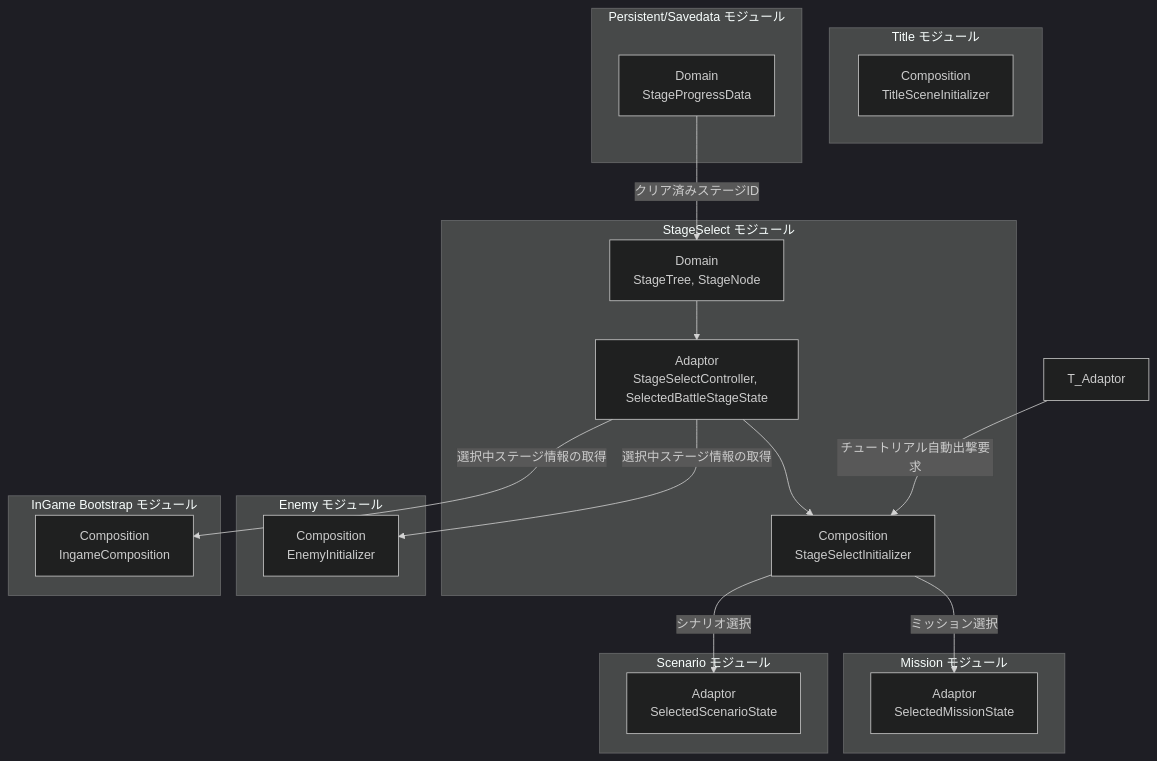
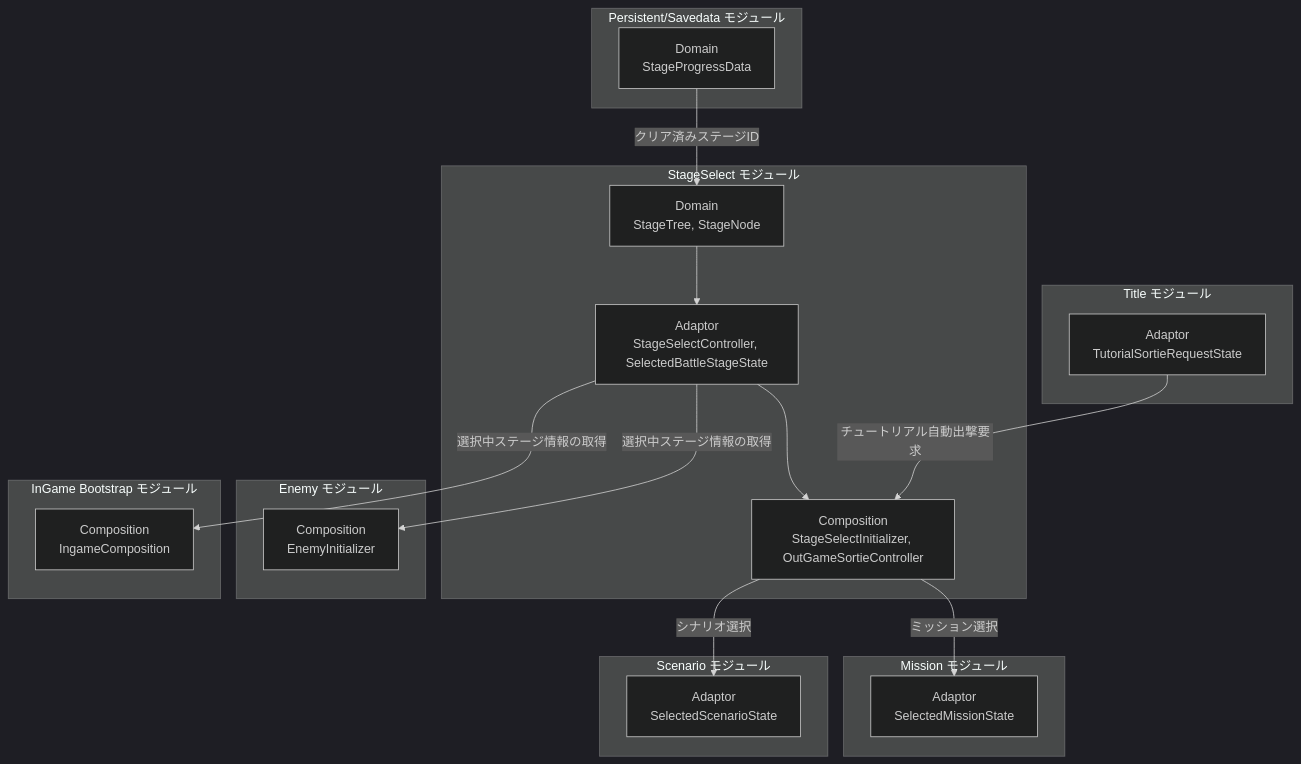
One commit to HIBIKI5201/SymphonyKillChord changed the first of 3 diagrams in Assets/Docs/ScriptsDocs/Modules/NotionModuleDocs/StageSelect.md. Above: the diagram before and after it, drawn with Mermaid (dark theme). The commit also changed other lines of this file and 2383 other files, not shown here.

````diff
--- a/Assets/Docs/ScriptsDocs/Modules/NotionModuleDocs/StageSelect.md
+++ b/Assets/Docs/ScriptsDocs/Modules/NotionModuleDocs/StageSelect.md
@@ -66,43 +68,43 @@
 ```mermaid
 graph TD
     %% 定義 (接続のないレイヤーは省略)
     subgraph StageSelectModule [StageSelect モジュール]
         SS_Domain["Domain<br>StageTree, StageNode"]
         SS_Adaptor["Adaptor<br>StageSelectController, SelectedBattleStageState"]
-        SS_Composition["Composition<br>StageSelectInitializer"]
+        SS_Composition["Composition<br>StageSelectInitializer, OutGameSortieController"]
         SS_Domain --> SS_Adaptor
         SS_Adaptor --> SS_Composition
     end
 
     subgraph TitleModule [Title モジュール]
-        T_Composition["Composition<br>TitleSceneInitializer"]
+        T_Adaptor["Adaptor<br>TutorialSortieRequestState"]
     end
 
     subgraph MissionModule [Mission モジュール]
         MS_Adaptor["Adaptor<br>SelectedMissionState"]
     end
 
     subgraph ScenarioModule [Scenario モジュール]
         SC_Adaptor["Adaptor<br>SelectedScenarioState"]
     end
 
     subgraph SavedataModule [Persistent/Savedata モジュール]
         SD_Domain["Domain<br>StageProgressData"]
     end
 
     subgraph EnemyModule [Enemy モジュール]
         E_Composition["Composition<br>EnemyInitializer"]
     end
 
     subgraph InGameBootstrapModule [InGame Bootstrap モジュール]
         IG_Composition["Composition<br>IngameComposition"]
     end
 
     %% 依存関係
     T_Adaptor -->|"チュートリアル自動出撃要求"| SS_Composition
     SS_Composition -->|"ミッション選択"| MS_Adaptor
     SS_Composition -->|"シナリオ選択"| SC_Adaptor
     SD_Domain -->|"クリア済みステージID"| SS_Domain
     SS_Adaptor -->|"選択中ステージ情報の取得"| E_Composition
     SS_Adaptor -->|"選択中ステージ情報の取得"| IG_Composition
 ```
````
